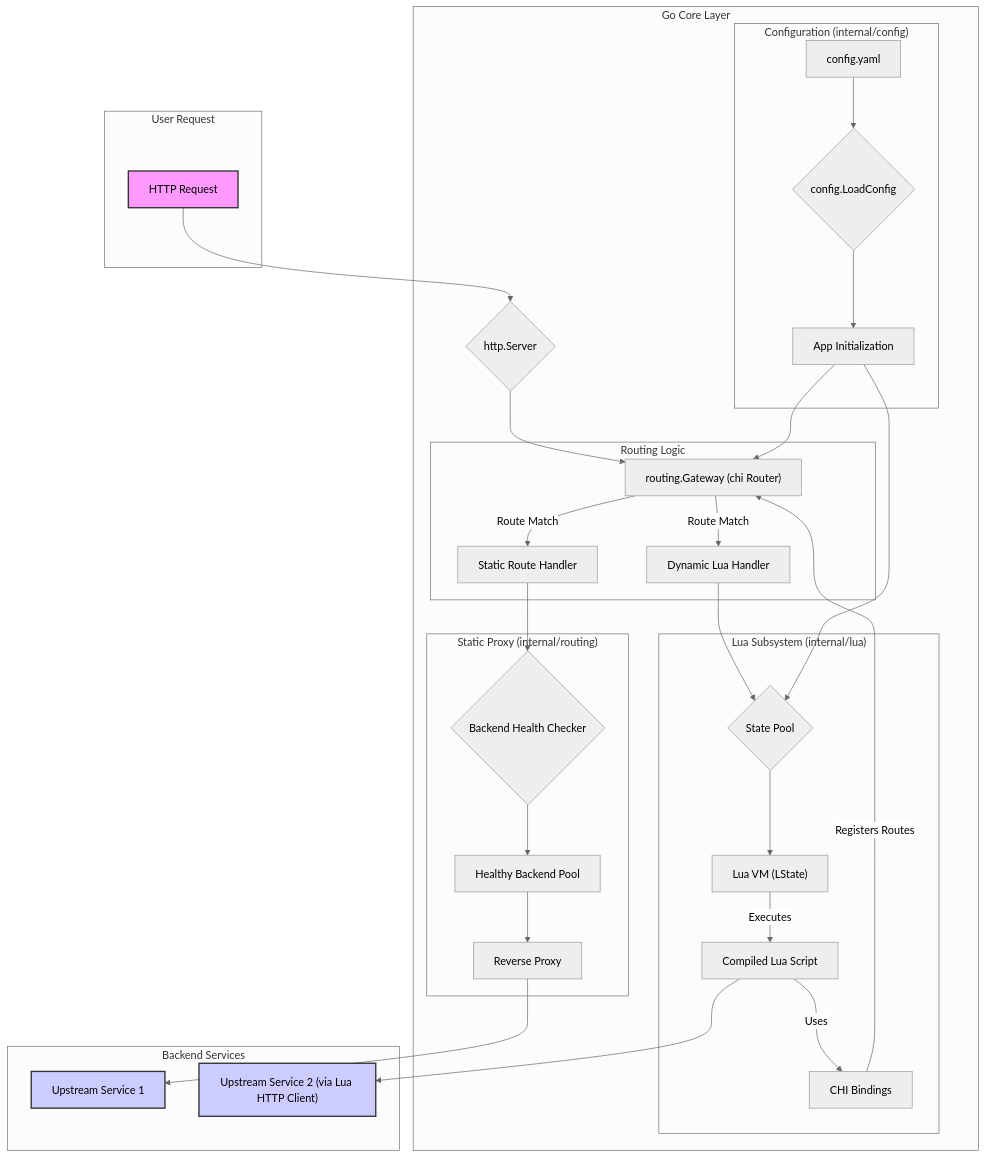
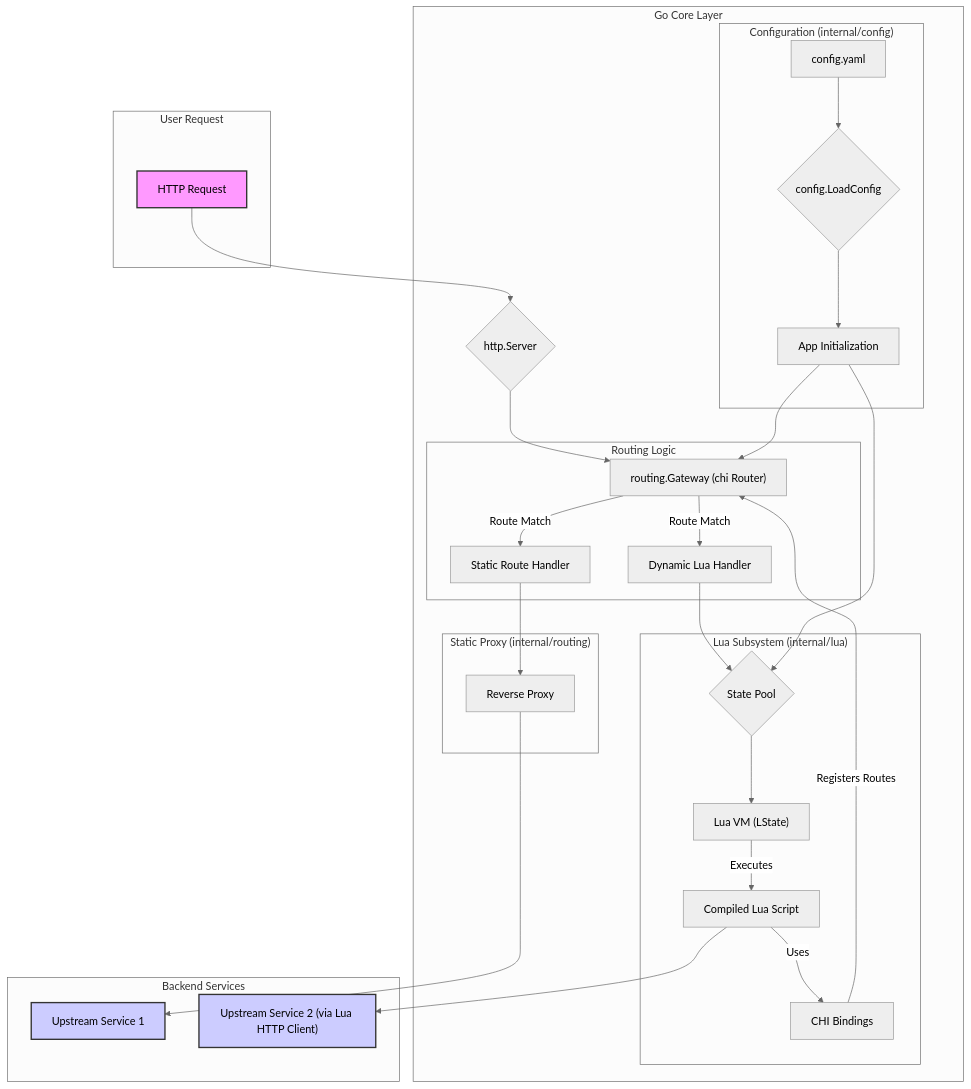
One commit to ygalsk/keystone-gateway changed the first of 3 diagrams in DESIGN.md. Above: the diagram before and after it, drawn with Mermaid (neutral theme). The commit also changed other lines of this file and 12 other files, not shown here.

````diff
--- a/DESIGN.md
+++ b/DESIGN.md
@@ -136,46 +134,44 @@
 ```mermaid
 graph TD
     subgraph "User Request"
         A[HTTP Request]
     end
 
     subgraph "Go Core Layer"
         A --> B{http.Server};
         B --> C["routing.Gateway (chi Router)"];
 
         subgraph "Routing Logic"
             C -- Route Match --> D[Static Route Handler];
             C -- Route Match --> E[Dynamic Lua Handler];
         end
 
         subgraph "Lua Subsystem (internal/lua)"
             E --> F{State Pool};
             F --> G["Lua VM (LState)"];
             G -- Executes --> H[Compiled Lua Script];
             H -- Uses --> I[CHI Bindings];
             I -- Registers Routes --> C;
         end
 
         subgraph "Static Proxy (internal/routing)"
-            D --> J{Backend Health Checker};
-            J --> K[Healthy Backend Pool];
-            K --> L[Reverse Proxy];
+            D --> L[Reverse Proxy];
         end
 
         subgraph "Configuration (internal/config)"
             M[config.yaml] --> N{config.LoadConfig};
             N --> O[App Initialization];
             O --> C;
             O --> F;
         end
     end
 
     subgraph "Backend Services"
         L --> P[Upstream Service 1];
         H --> Q["Upstream Service 2 (via Lua HTTP Client)"];
     end
 
     style A fill:#f9f,stroke:#333,stroke-width:2px
     style P fill:#ccf,stroke:#333,stroke-width:2px
     style Q fill:#ccf,stroke:#333,stroke-width:2px
 ```
````
